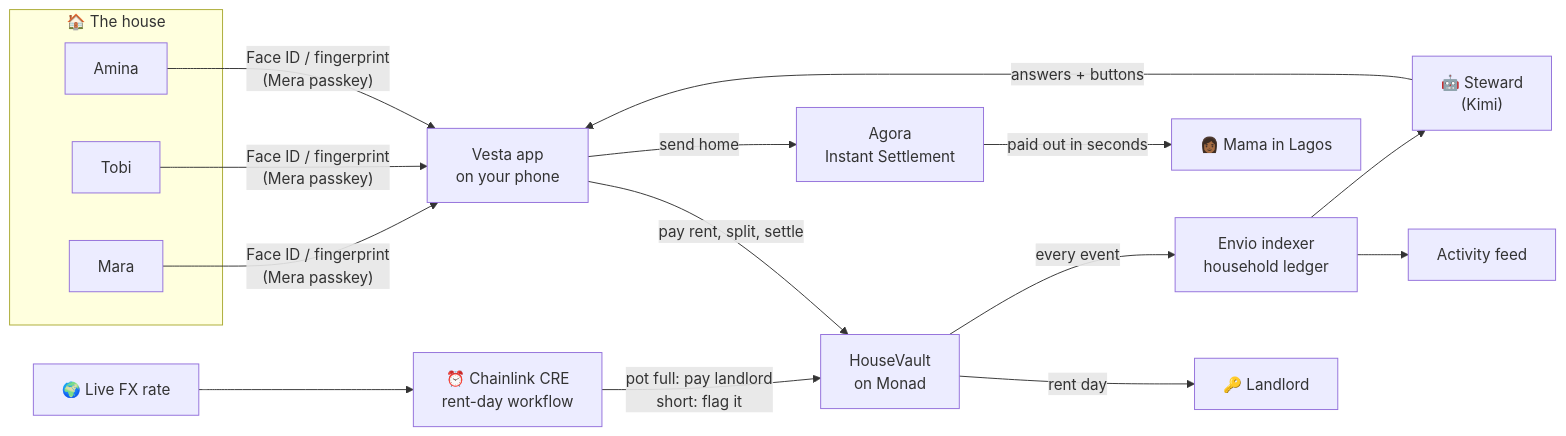
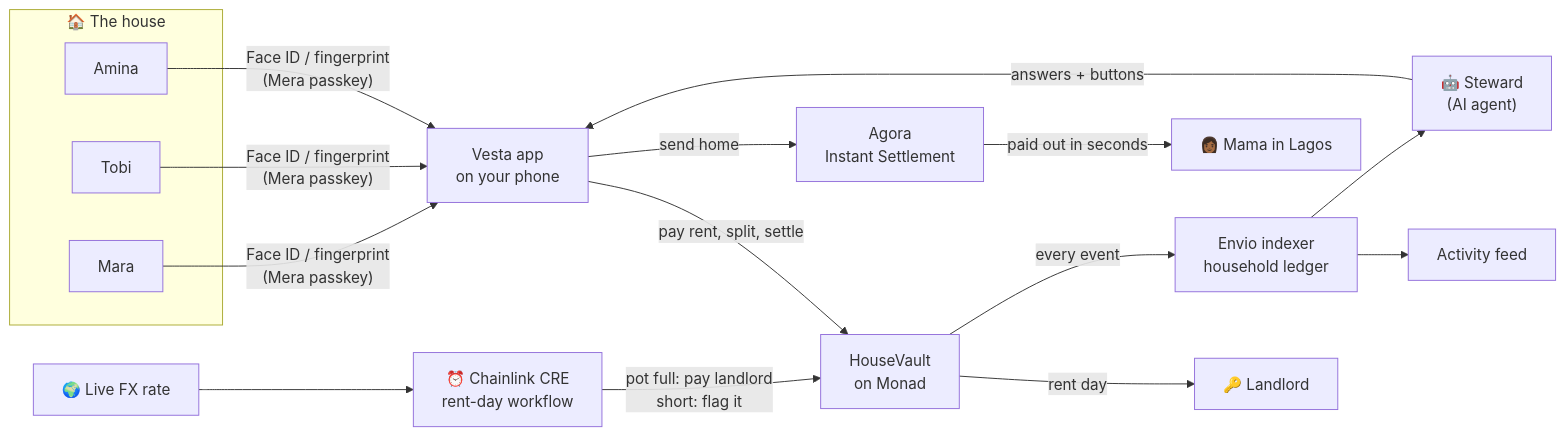
The diagram in README.md (angelraph/vesta), drawn with Mermaid before and after one commit. The commit also changed other lines of this file and 1 other file, not shown here.

First line of the commit message:
Run the steward on OpenAI

````diff
--- a/README.md
+++ b/README.md
@@ -34,23 +34,23 @@
 ```mermaid
 flowchart LR
     subgraph House["🏠 The house"]
         A["Amina"]
         T["Tobi"]
         M["Mara"]
     end
 
     A & T & M -->|"Face ID / fingerprint<br/>(Mera passkey)"| App["Vesta app<br/>on your phone"]
 
     App -->|"pay rent, split, settle"| Vault["HouseVault<br/>on Monad"]
     App -->|"send home"| Agora["Agora<br/>Instant Settlement"]
     Agora -->|"paid out in seconds"| Mama["👩🏾 Mama in Lagos"]
 
     CRE["⏰ Chainlink CRE<br/>rent-day workflow"] -->|"pot full: pay landlord<br/>short: flag it"| Vault
     FX["🌍 Live FX rate"] --> CRE
     Vault -->|"rent day"| Landlord["🔑 Landlord"]
 
     Vault -->|"every event"| Envio["Envio indexer<br/>household ledger"]
     Envio --> Feed["Activity feed"]
-    Envio --> Steward["🤖 Steward<br/>(Kimi)"]
+    Envio --> Steward["🤖 Steward<br/>(AI agent)"]
     Steward -->|"answers + buttons"| App
 ```
````
